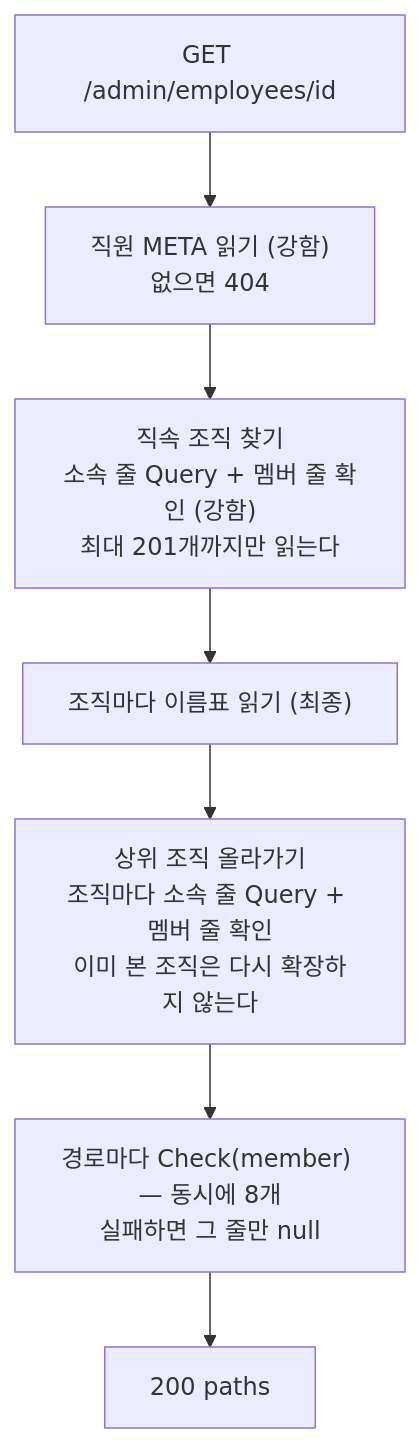
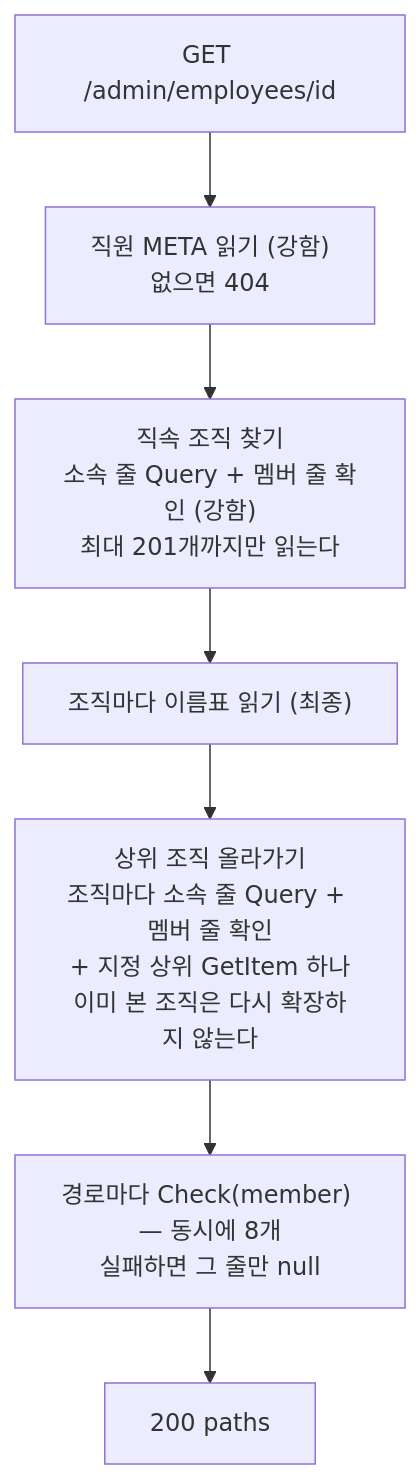
One commit to starryeye/organization changed the first of 2 diagrams in docs/onboarding/09-관리-API.md. Above: the diagram before and after it, drawn with Mermaid. The commit also changed other lines of this file and 15 other files, not shown here.

````diff
--- a/docs/onboarding/09-관리-API.md
+++ b/docs/onboarding/09-관리-API.md
@@ -360,9 +419,9 @@
 ```mermaid
 flowchart TD
     A["GET /admin/employees/id"] --> B["직원 META 읽기 (강함)<br/>없으면 404"]
     B --> C["직속 조직 찾기<br/>소속 줄 Query + 멤버 줄 확인 (강함)<br/>최대 201개까지만 읽는다"]
     C --> D["조직마다 이름표 읽기 (최종)"]
-    D --> E["상위 조직 올라가기<br/>조직마다 소속 줄 Query + 멤버 줄 확인<br/>이미 본 조직은 다시 확장하지 않는다"]
+    D --> E["상위 조직 올라가기<br/>조직마다 소속 줄 Query + 멤버 줄 확인<br/>+ 지정 상위 GetItem 하나<br/>이미 본 조직은 다시 확장하지 않는다"]
     E --> F["경로마다 Check(member) — 동시에 8개<br/>실패하면 그 줄만 null"]
     F --> G["200 paths"]
 ```
````
